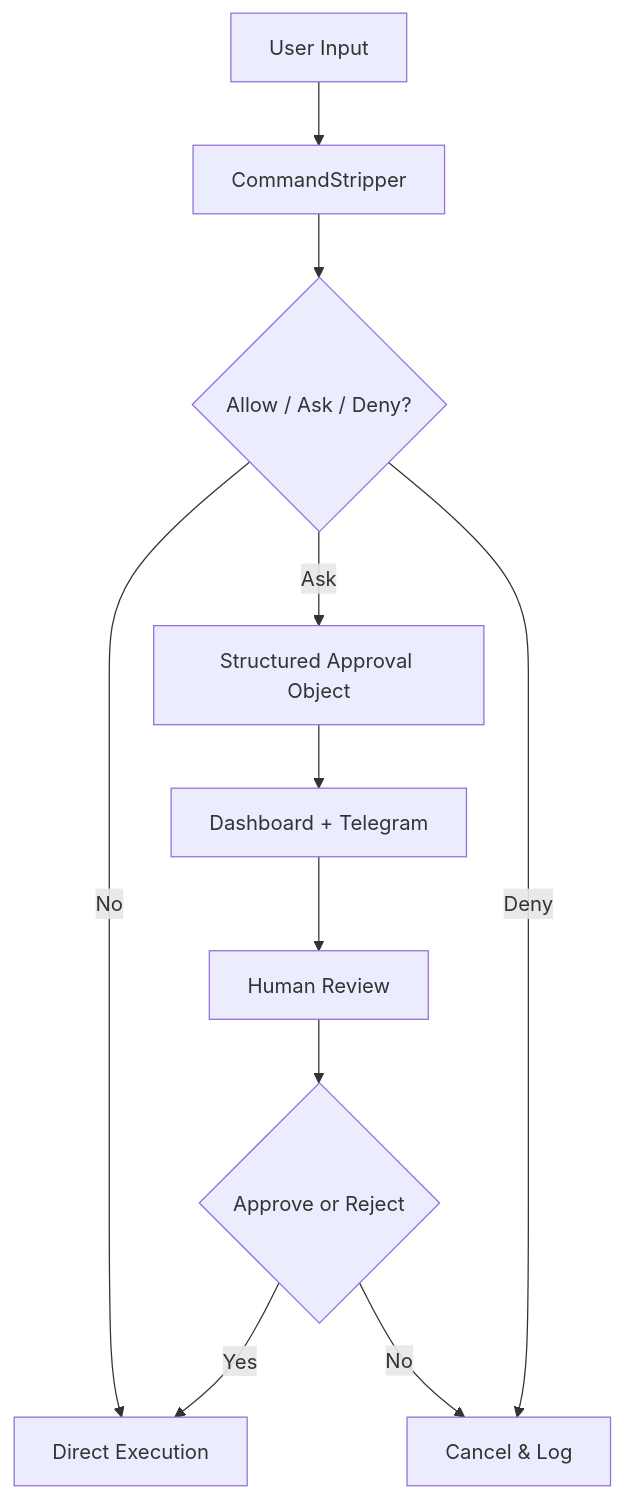
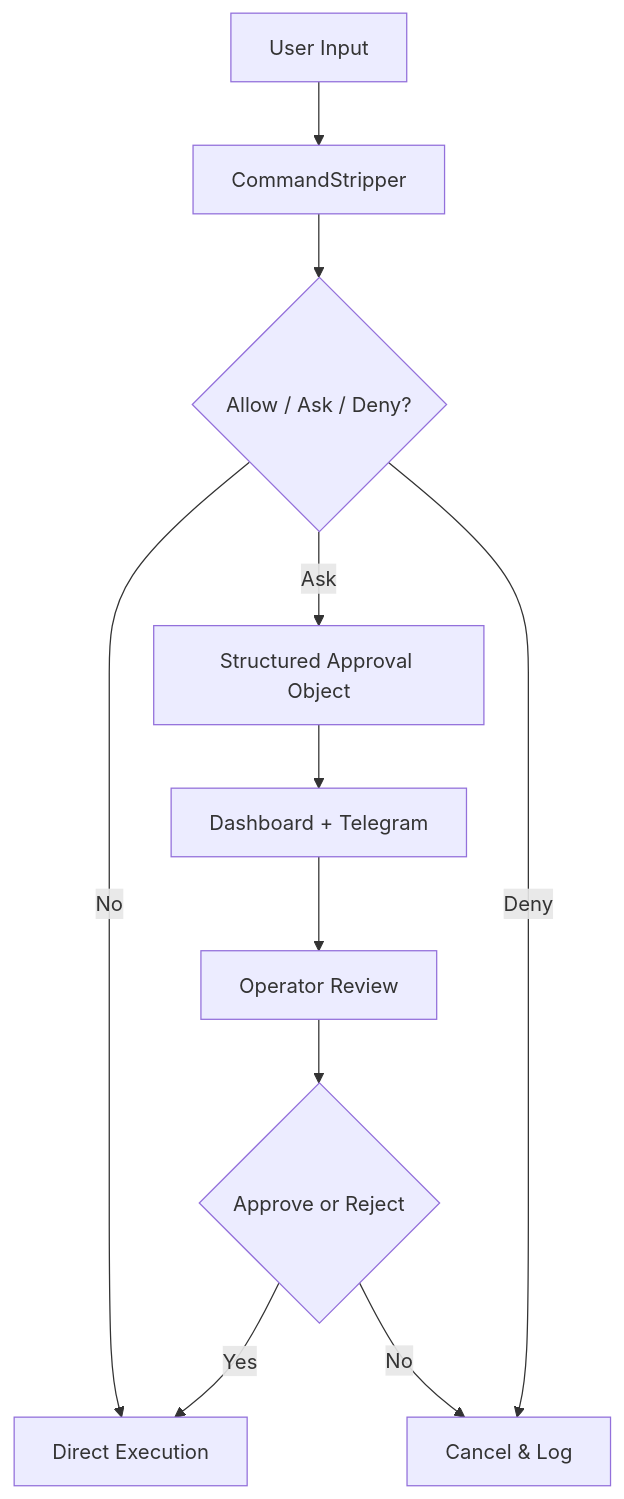
Before and after one commit to anixes/AJA: the diagram in docs/AJA_GUARD.md, drawn with Mermaid. The commit also changed other lines of this file and 395 other files, not shown here.

````diff
--- a/docs/AJA_GUARD.md
+++ b/docs/AJA_GUARD.md
@@ -7,13 +7,13 @@
 ```mermaid
 graph TD
     A[User Input] --> B[CommandStripper]
     B --> C{Allow / Ask / Deny?}
     C -- No --> D[Direct Execution]
     C -- Ask --> E[Structured Approval Object]
     E --> F[Dashboard + Telegram]
-    F --> G[Human Review]
+    F --> G[Operator Review]
     G --> H{Approve or Reject}
     H -- Yes --> D
     H -- No --> I[Cancel & Log]
     C -- Deny --> I
 ```
````
